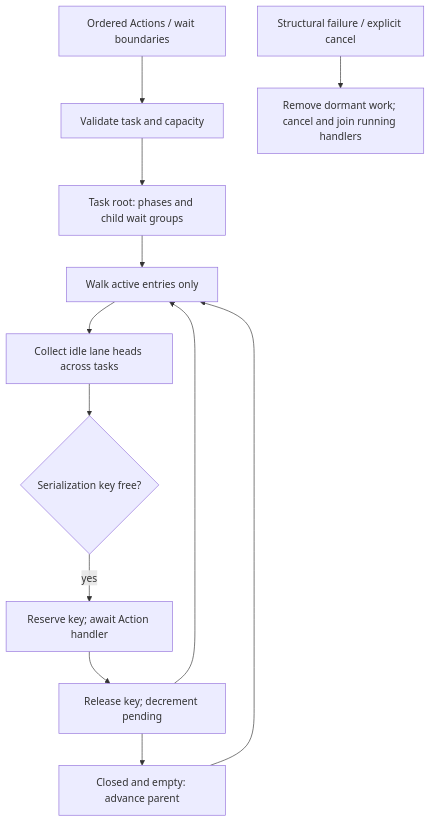
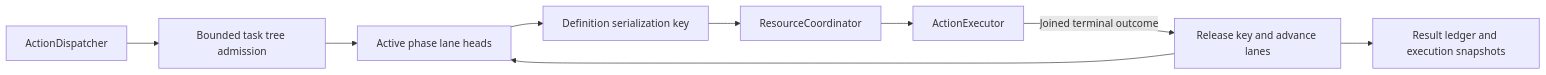
One commit to devilyouwei/MobileHarness changed the diagram in MobileHarness/Gateway/Output/Scheduling/README.md. Above: the diagram before and after it, drawn with Mermaid. The commit also changed other lines of this file and 116 other files, not shown here.

````diff
--- a/MobileHarness/Gateway/Output/Scheduling/README.md
+++ b/MobileHarness/Gateway/Output/Scheduling/README.md
@@ -27,14 +15,11 @@
 ```mermaid
-flowchart TD
-    Events[Ordered Actions / wait boundaries] --> Admit[Validate task and capacity]
-    Admit --> Tree[Task root: phases and child wait groups]
-    Tree --> Active[Walk active entries only]
-    Active --> Heads[Collect idle lane heads across tasks]
-    Heads --> Resources{Serialization key free?}
-    Resources -->|yes| Execute[Reserve key; await Action handler]
-    Execute --> Release[Release key; decrement pending]
-    Release --> Active
-    Release --> Join[Closed and empty: advance parent]
-    Join --> Active
-    Cancel[Structural failure / explicit cancel] --> Cleanup[Remove dormant work; cancel and join running handlers]
+flowchart LR
+ Dispatch[ActionDispatcher] --> Admit[Bounded task tree admission]
+ Admit --> Active[Active phase lane heads]
+ Active --> Key[Definition serialization key]
+ Key --> Resources[ResourceCoordinator]
+ Resources --> Executor[ActionExecutor]
+ Executor -->|Joined terminal outcome| Advance[Release key and advance lanes]
+ Advance --> Active
+ Advance --> Results[Result ledger and execution snapshots]
 ```
````
